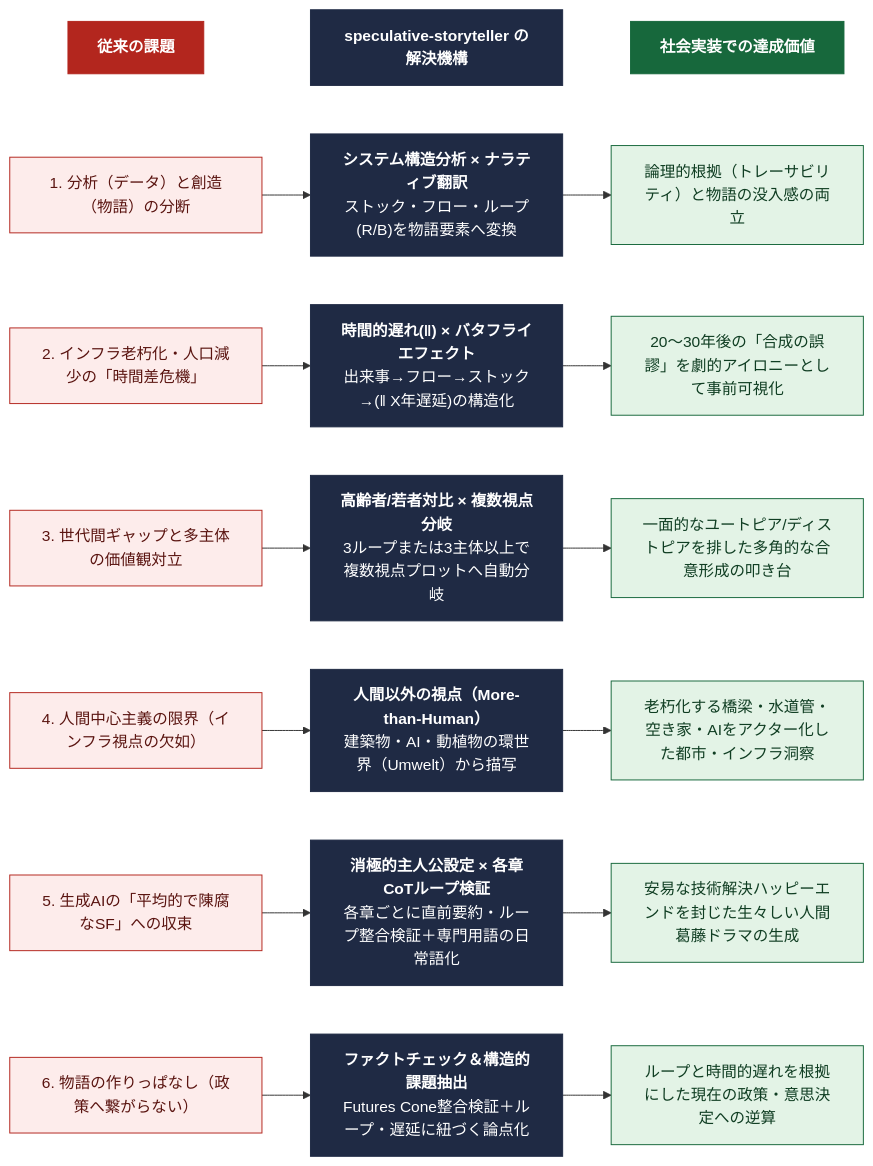
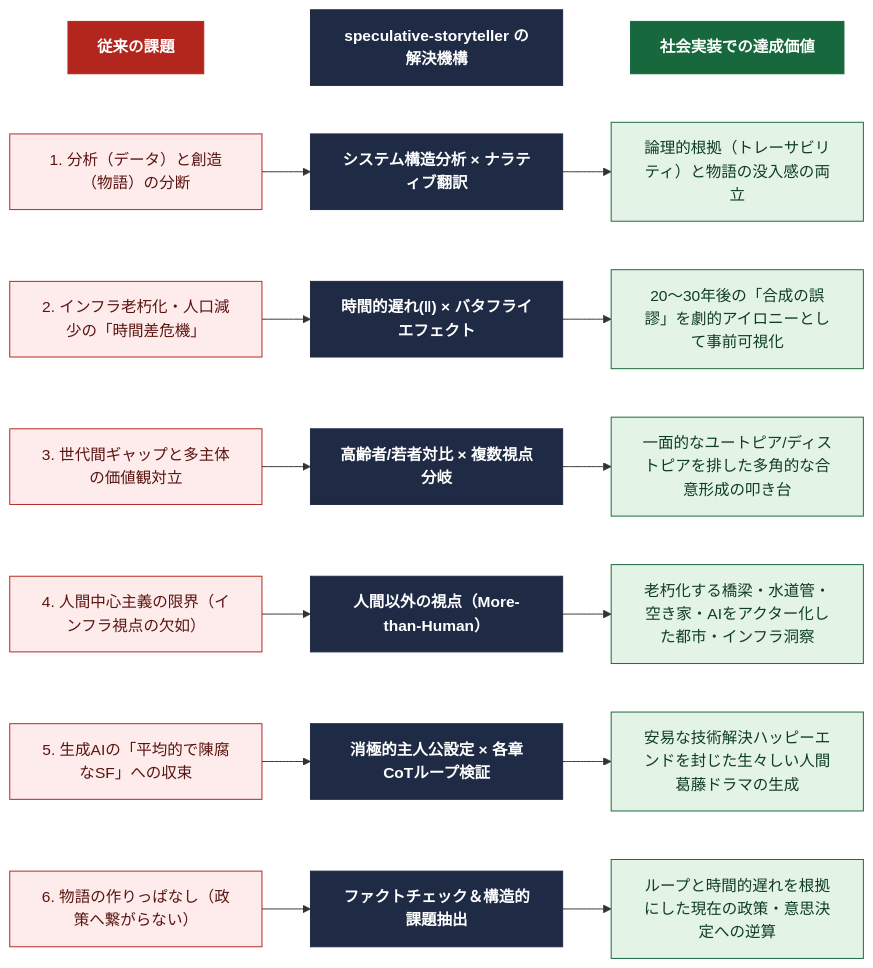
One commit to yoit-speculative/speculative-storyteller-skills changed the diagram in README.md. Above: the diagram before and after it, drawn with Mermaid.

Commit message:
mermaid調整

````diff
--- a/README.md
+++ b/README.md
@@ -30,56 +30,56 @@
 ```mermaid
 flowchart LR
     %% 列ヘッダー
     HP["従来の課題"] ~~~ HS["speculative-storyteller の解決機構"] ~~~ HV["社会実装での達成価値"]
 
     %% 行1
     P1["1. 分析（データ）と創造（物語）の分断"]
-    S1["<b>システム構造分析 × ナラティブ翻訳</b><br/>ストック・フロー・ループ(R/B)を物語要素へ変換"]
+    S1["<b>システム構造分析 × ナラティブ翻訳</b>"]
     V1["論理的根拠（トレーサビリティ）と物語の没入感の両立"]
     P1 --> S1 --> V1
 
     %% 行2
     P2["2. インフラ老朽化・人口減少の「時間差危機」"]
-    S2["<b>時間的遅れ(‖) × バタフライエフェクト</b><br/>出来事→フロー→ストック→(‖ X年遅延)の構造化"]
+    S2["<b>時間的遅れ(‖) × バタフライエフェクト</b>"]
     V2["20〜30年後の「合成の誤謬」を劇的アイロニーとして事前可視化"]
     P2 --> S2 --> V2
 
     %% 行3
     P3["3. 世代間ギャップと多主体の価値観対立"]
-    S3["<b>高齢者/若者対比 × 複数視点分岐</b><br/>3ループまたは3主体以上で複数視点プロットへ自動分岐"]
+    S3["<b>高齢者/若者対比 × 複数視点分岐</b>"]
     V3["一面的なユートピア/ディストピアを排した多角的な合意形成の叩き台"]
     P3 --> S3 --> V3
 
     %% 行4
     P4["4. 人間中心主義の限界（インフラ視点の欠如）"]
-    S4["<b>人間以外の視点（More-than-Human）</b><br/>建築物・AI・動植物の環世界（Umwelt）から描写"]
+    S4["<b>人間以外の視点（More-than-Human）</b>"]
     V4["老朽化する橋梁・水道管・空き家・AIをアクター化した都市・インフラ洞察"]
     P4 --> S4 --> V4
 
     %% 行5
     P5["5. 生成AIの「平均的で陳腐なSF」への収束"]
-    S5["<b>消極的主人公設定 × 各章CoTループ検証</b><br/>各章ごとに直前要約・ループ整合検証＋専門用語の日常語化"]
+    S5["<b>消極的主人公設定 × 各章CoTループ検証</b>"]
     V5["安易な技術解決ハッピーエンドを封じた生々しい人間葛藤ドラマの生成"]
     P5 --> S5 --> V5
 
     %% 行6
     P6["6. 物語の作りっぱなし（政策へ繋がらない）"]
-    S6["<b>ファクトチェック＆構造的課題抽出</b><br/>Futures Cone整合検証＋ループ・遅延に紐づく論点化"]
+    S6["<b>ファクトチェック＆構造的課題抽出</b>"]
     V6["ループと時間的遅れを根拠にした現在の政策・意思決定への逆算"]
     P6 --> S6 --> V6
 
     %% スタイル
     classDef hp fill:#b3261e,stroke:#b3261e,color:#fff,font-weight:bold
     classDef hs fill:#1f2a44,stroke:#1f2a44,color:#fff,font-weight:bold
     classDef hv fill:#17683c,stroke:#17683c,color:#fff,font-weight:bold
     classDef prob fill:#fdeceb,stroke:#b3261e,color:#5a1410
     classDef sol fill:#1f2a44,stroke:#1f2a44,color:#fff
     classDef val fill:#e3f3e6,stroke:#17683c,color:#0f3d22
 
     class HP hp
     class HS hs
     class HV hv
     class P1,P2,P3,P4,P5,P6 prob
     class S1,S2,S3,S4,S5,S6 sol
     class V1,V2,V3,V4,V5,V6 val
 ```
````
